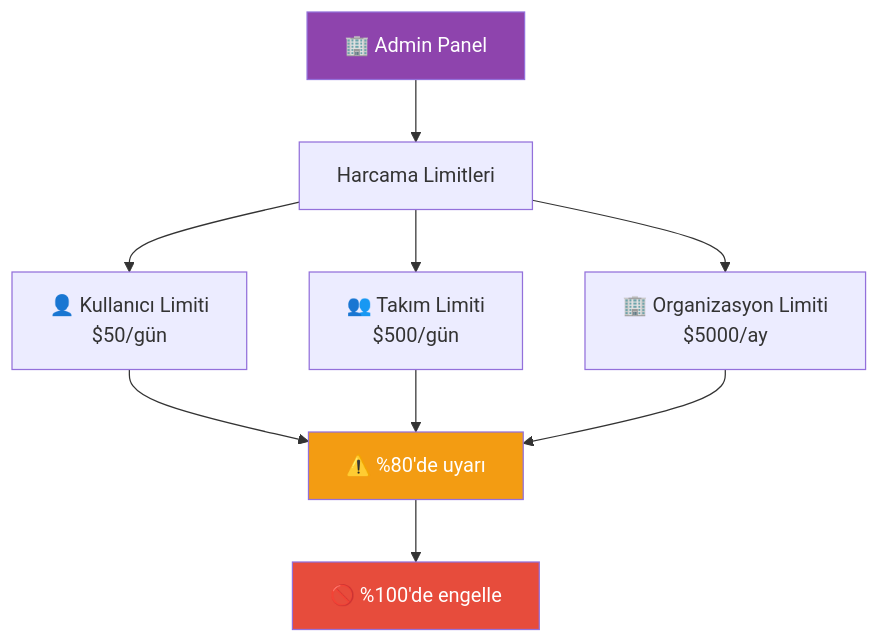
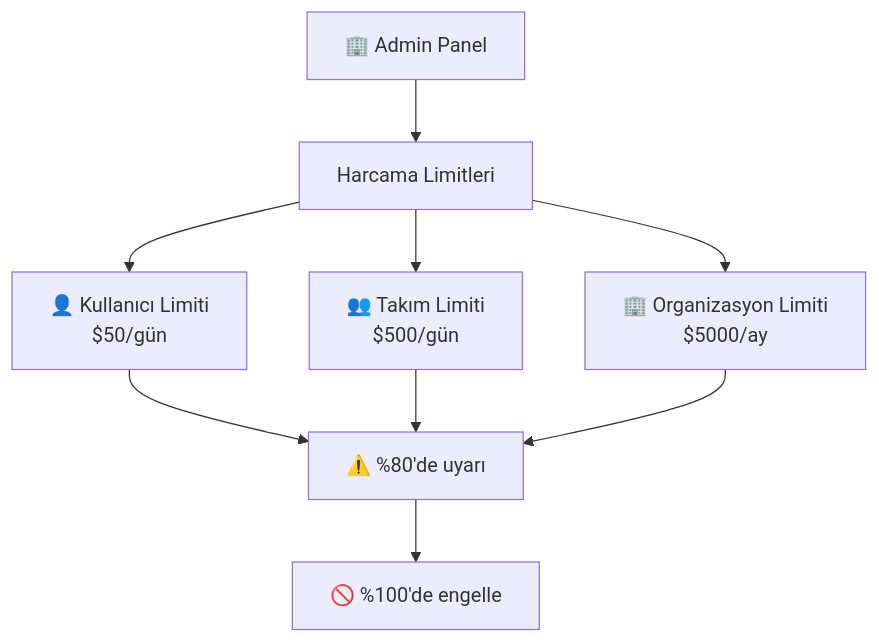
Before and after one commit to IzzetYasinAtes/ClaudeCodeHandbook: the sixth of 7 diagrams in 17-konfigurasyon/05-maliyet-yonetimi.md, drawn with Mermaid. The commit also changed other lines of this file and 97 other files, not shown here.

Commit message:
Remove all custom Mermaid style/fill colors from 98 markdown files for consistent dark theme rendering

````diff
--- a/17-konfigurasyon/05-maliyet-yonetimi.md
+++ b/17-konfigurasyon/05-maliyet-yonetimi.md
@@ -212,16 +199,13 @@
 ```mermaid
 flowchart TD
     ADMIN["🏢 Admin Panel"] --> LIMITS["Harcama Limitleri"]
     LIMITS --> USER_LIMIT["👤 Kullanıcı Limiti<br/>$50/gün"]
     LIMITS --> TEAM_LIMIT["👥 Takım Limiti<br/>$500/gün"]
     LIMITS --> ORG_LIMIT["🏢 Organizasyon Limiti<br/>$5000/ay"]
 
     USER_LIMIT --> ALERT["⚠️ %80'de uyarı"]
     TEAM_LIMIT --> ALERT
     ORG_LIMIT --> ALERT
     ALERT --> BLOCK["🚫 %100'de engelle"]
 
-    style ADMIN fill:#8E44AD,color:#fff
-    style ALERT fill:#F39C12,color:#fff
-    style BLOCK fill:#E74C3C,color:#fff
 ```
````
